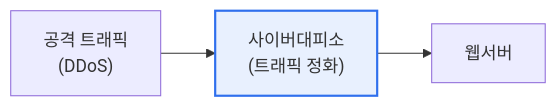
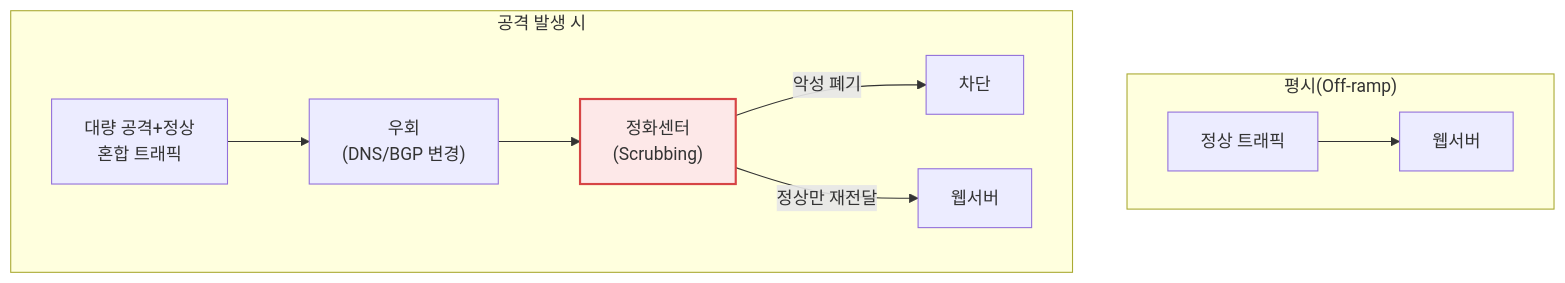
The third of 3 diagrams in content/reverse-proxy-ddos.md (coninggu/wjdqhrhksflrltnftk), drawn with Mermaid before and after one commit. The commit also changed other lines of this file and 3 other files, not shown here.

Commit message:
Deepen 웹서버 보안 — 리버스 프록시와 DDoS 사이버대피소, UML 클래스 다이어그램과 객체 모델링 (auto)

````diff
--- a/content/reverse-proxy-ddos.md
+++ b/content/reverse-proxy-ddos.md
@@ -33,5 +85,13 @@
 ```mermaid
-flowchart LR
-  A["공격 트래픽<br/>(DDoS)"] --> S["사이버대피소<br/>(트래픽 정화)"] --> W[웹서버]
-  style S fill:#e8f0fe,stroke:#2f6fed,stroke-width:2px
+flowchart TB
+  subgraph 평시["평시(Off-ramp)"]
+    C1["정상 트래픽"] --> W1["웹서버"]
+  end
+  subgraph 공격["공격 발생 시"]
+    A["대량 공격+정상<br/>혼합 트래픽"] --> D["우회<br/>(DNS/BGP 변경)"]
+    D --> SC["정화센터<br/>(Scrubbing)"]
+    SC -->|"악성 폐기"| X["차단"]
+    SC -->|"정상만 재전달"| W2["웹서버"]
+  end
+  style SC fill:#fde8e8,stroke:#d64545,stroke-width:2px
 ```
````
